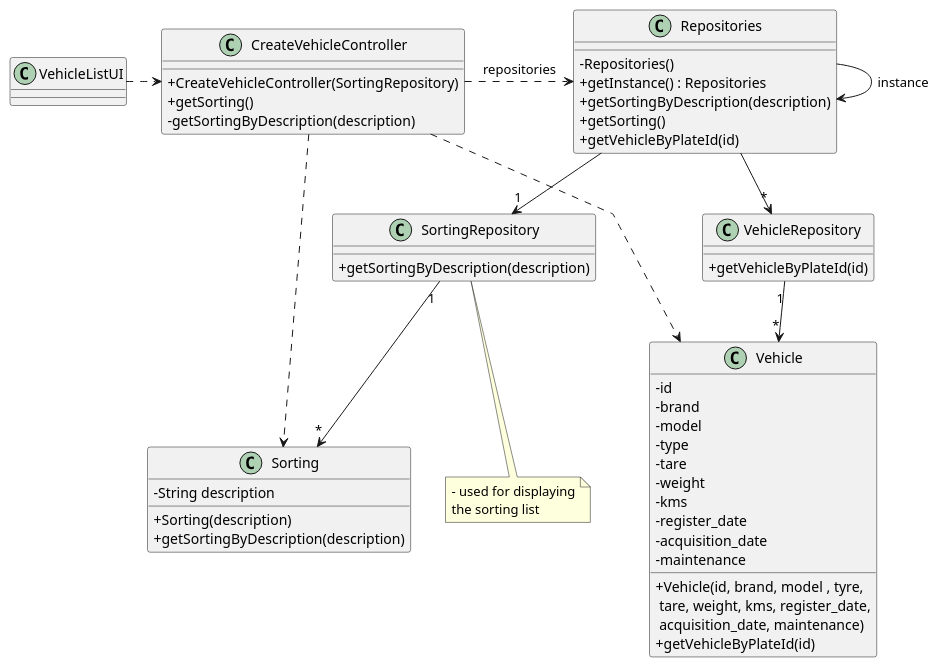
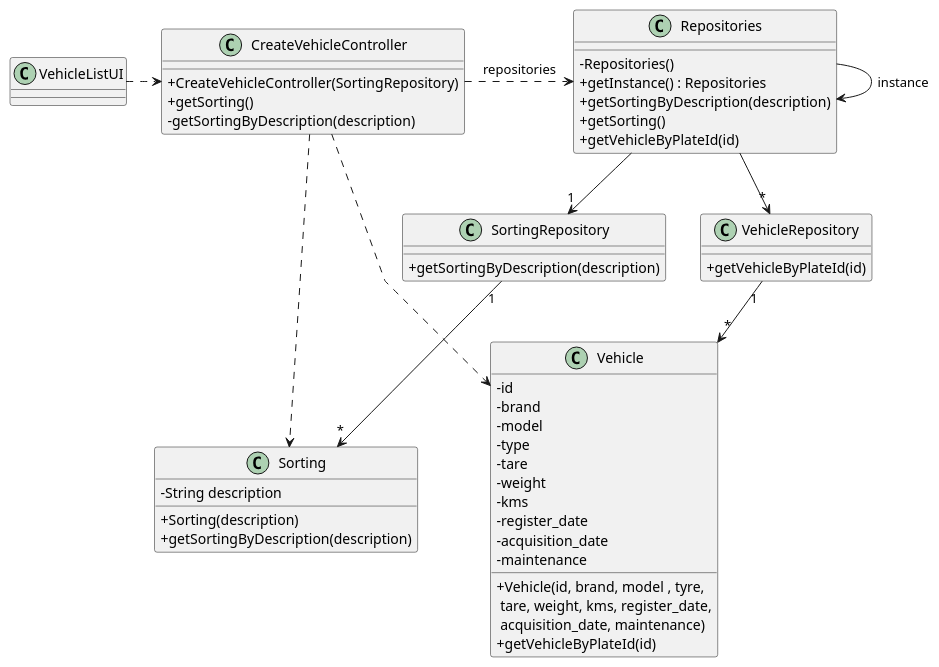
Before and after one commit to rpedros02/lei-24-s2-1DL-g08: the diagram in docs/sprintC/us029/03.design/puml/us029-class-diagram.puml, drawn with PlantUML.

Commit message:
update of US29 ESOFT - Rui Pedro

```diff
--- a/docs/sprintC/us029/03.design/puml/us029-class-diagram.puml
+++ b/docs/sprintC/us029/03.design/puml/us029-class-diagram.puml
@@ -1,80 +1,76 @@
 @startuml
 'skinparam monochrome true
 skinparam packageStyle rectangle
 skinparam shadowing false
 skinparam linetype polyline
 'skinparam linetype orto
 
 skinparam classAttributeIconSize 0
 
 'left to right direction
 
 
 class Vehicle {
     - id
     - brand
     - model
     - type
     - tare
     - weight
     - kms
     - register_date
     - acquisition_date
     - maintenance
 
     + Vehicle(id, brand, model , tyre,\n tare, weight, kms, register_date,\n acquisition_date, maintenance)
     + getVehicleByPlateId(id)
 }
 
 class Sorting {
     - String description
 
     + Sorting(description)
     + getSortingByDescription(description)
 }
 
 class SortingRepository {
     + getSortingByDescription(description)
 }
 
 class VehicleRepository {
     + getVehicleByPlateId(id)
 }
 
 class Repositories {
     - Repositories()
     + getInstance() : Repositories
     + getSortingByDescription(description)
     + getSorting()
     + getVehicleByPlateId(id)
 }
 
-note bottom of SortingRepository
-    - used for displaying
-    the sorting list
-end note
 
 class VehicleListUI {
 }
 
 class CreateVehicleController {
     + CreateVehicleController(SortingRepository)
     + getSorting()
     - getSortingByDescription(description)
 }
 
 VehicleListUI .> CreateVehicleController
 
 CreateVehicleController .> Repositories : repositories
 
 Repositories -> Repositories : instance
 
 Repositories --> "1" SortingRepository
 Repositories --> "*" VehicleRepository
 
 VehicleRepository "1" --> "*" Vehicle
 SortingRepository "1" --> "*" Sorting
 
 CreateVehicleController .> Sorting
 CreateVehicleController .> Vehicle
 @enduml
```
